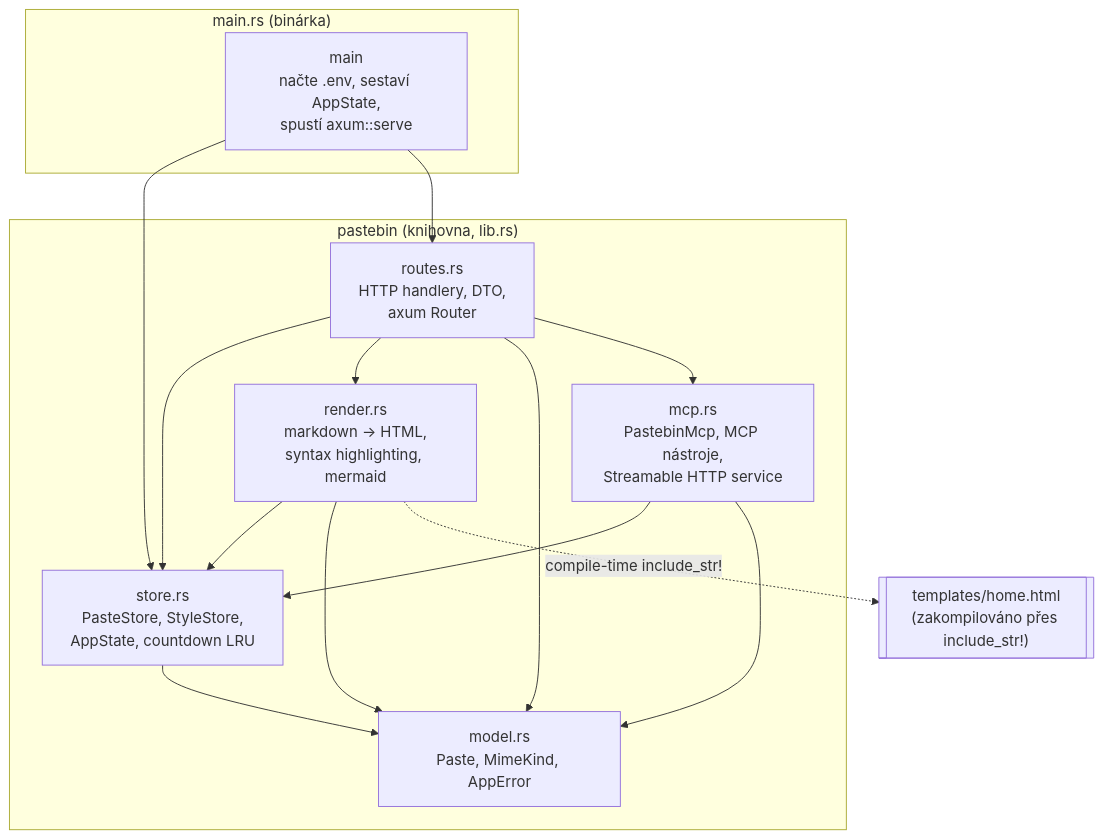
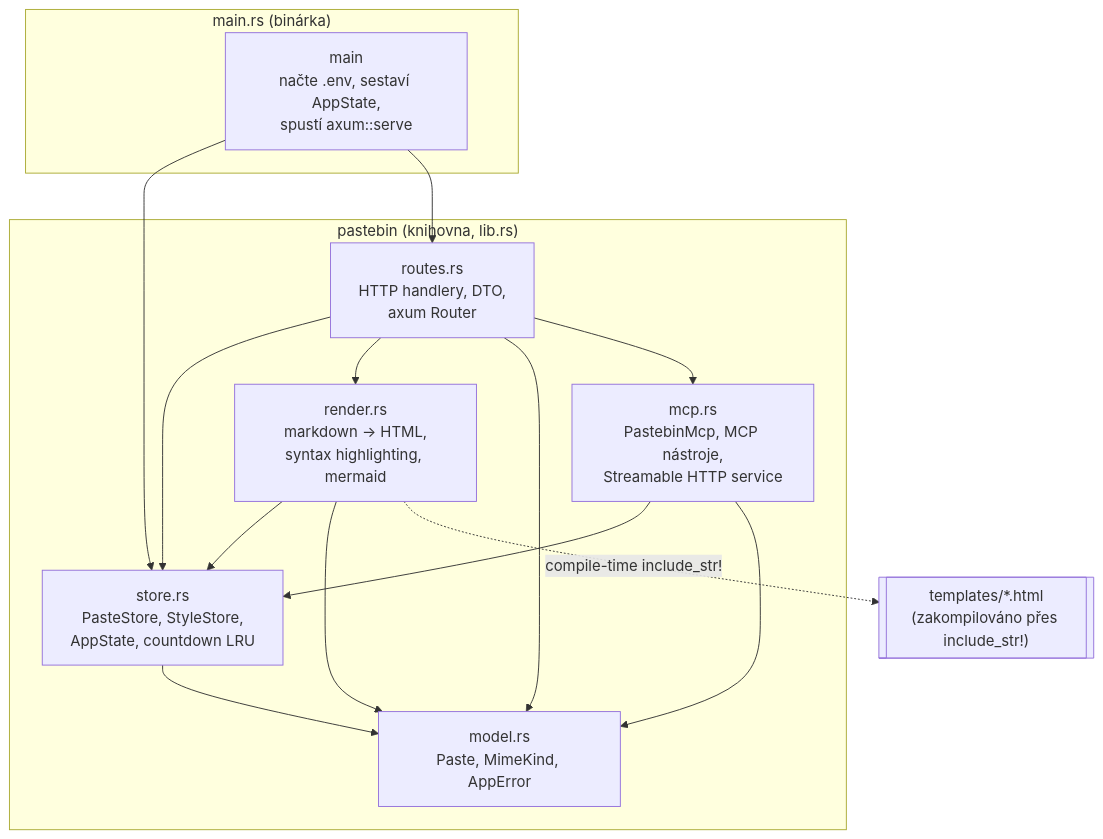
Before and after one commit to Onre739/pastebin: the third of 4 diagrams in docs/architecture.md, drawn with Mermaid. The commit also changed other lines of this file and 6 other files, not shown here.

````diff
--- a/docs/architecture.md
+++ b/docs/architecture.md
@@ -54,29 +54,29 @@
 ```mermaid
 flowchart TB
     subgraph bin["main.rs (binárka)"]
         Main["main<br/>načte .env, sestaví AppState,<br/>spustí axum::serve"]
     end
 
     subgraph lib["pastebin (knihovna, lib.rs)"]
         Routes["routes.rs<br/>HTTP handlery, DTO,<br/>axum Router"]
         Mcp["mcp.rs<br/>PastebinMcp, MCP nástroje,<br/>Streamable HTTP service"]
         Store["store.rs<br/>PasteStore, StyleStore,<br/>AppState, countdown LRU"]
         Render["render.rs<br/>markdown → HTML,<br/>syntax highlighting, mermaid"]
         Model["model.rs<br/>Paste, MimeKind, AppError"]
     end
 
-    Templates[["templates/home.html<br/>(zakompilováno přes include_str!)"]]
+    Templates[["templates/*.html<br/>(zakompilováno přes include_str!)"]]
 
     Main --> Store
     Main --> Routes
     Routes --> Store
     Routes --> Render
     Routes --> Model
     Routes --> Mcp
     Mcp --> Store
     Mcp --> Model
     Render --> Store
     Render --> Model
     Store --> Model
     Render -.->|"compile-time include_str!"| Templates
 ```
````
